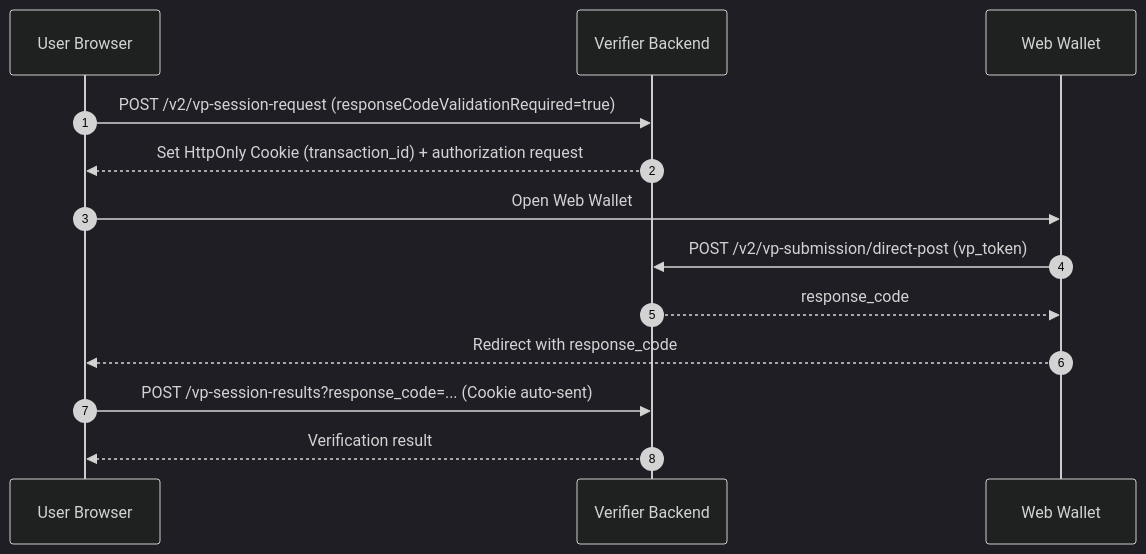
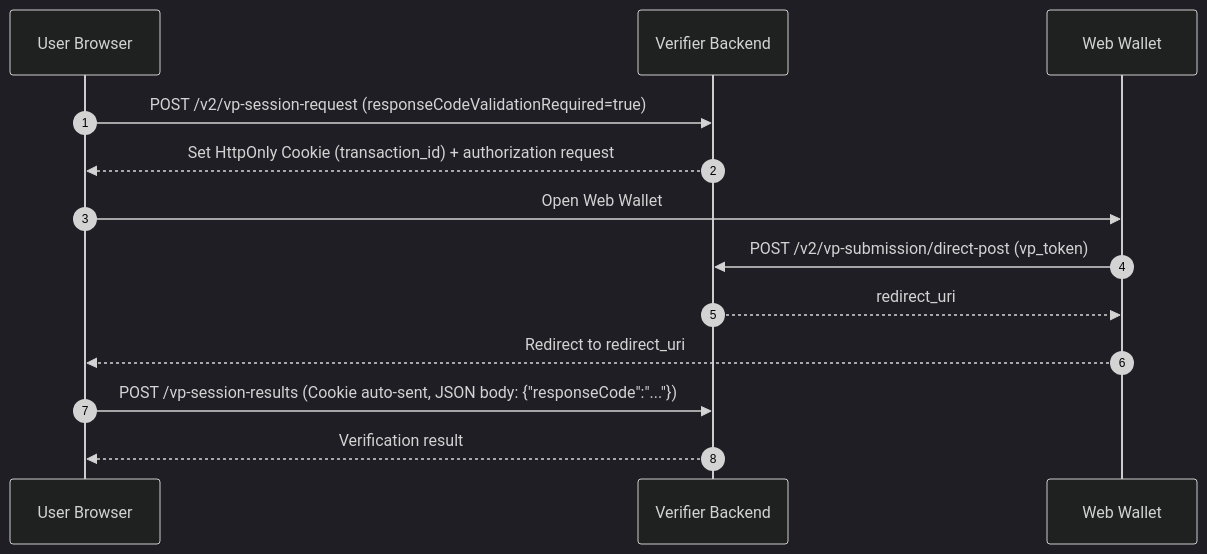
One commit to srikanth716/inji-verify changed the third of 3 diagrams in inji-verify-sdk/README.md. Above: the diagram before and after it, drawn with Mermaid (dark theme). The commit also changed 3 other files, not shown here.

Commit message:
[INJIVER-2237]: Align OpenID4VP docs with direct-post path, 200 OK cross-device response, and session-results JSON body

````diff
--- a/inji-verify-sdk/README.md
+++ b/inji-verify-sdk/README.md
@@ -471,16 +471,16 @@
 ```mermaid
 sequenceDiagram
     autonumber
     participant UserBrowser as User Browser
     participant VerifierBackend as Verifier Backend
     participant WebWallet as Web Wallet
 
     UserBrowser->>VerifierBackend: POST /v2/vp-session-request (responseCodeValidationRequired=true)
     VerifierBackend-->>UserBrowser: Set HttpOnly Cookie (transaction_id) + authorization request
     UserBrowser->>WebWallet: Open Web Wallet
     WebWallet->>VerifierBackend: POST /v2/vp-submission/direct-post (vp_token)
-    VerifierBackend-->>WebWallet: response_code
-    WebWallet-->>UserBrowser: Redirect with response_code
-    UserBrowser->>VerifierBackend: POST /vp-session-results?response_code=... (Cookie auto-sent)
+    VerifierBackend-->>WebWallet: redirect_uri#response_code=...
+    WebWallet-->>UserBrowser: Redirect to redirect_uri#response_code=...
+    UserBrowser->>VerifierBackend: POST /vp-session-results (Cookie auto-sent, JSON body: {"responseCode":"..."})
     VerifierBackend-->>UserBrowser: Verification result
 ```
````
